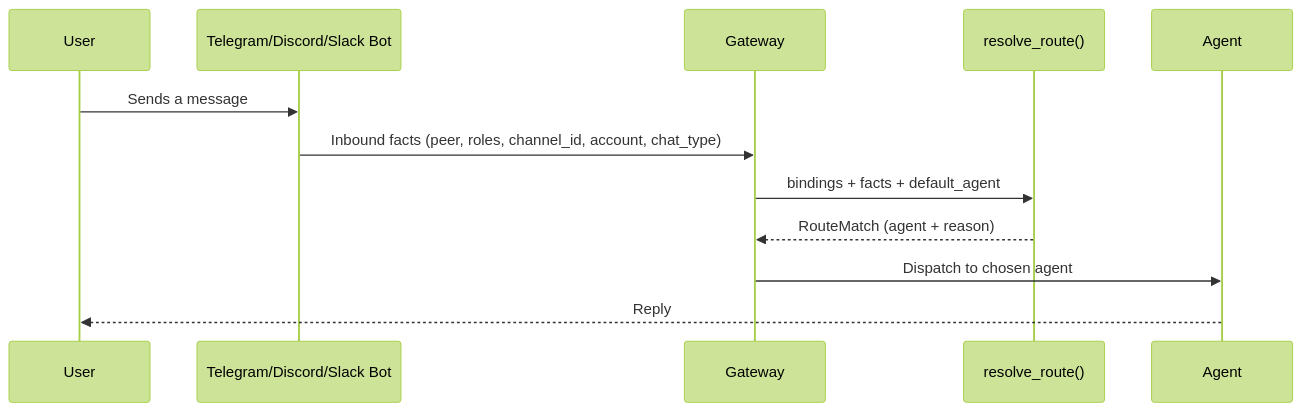
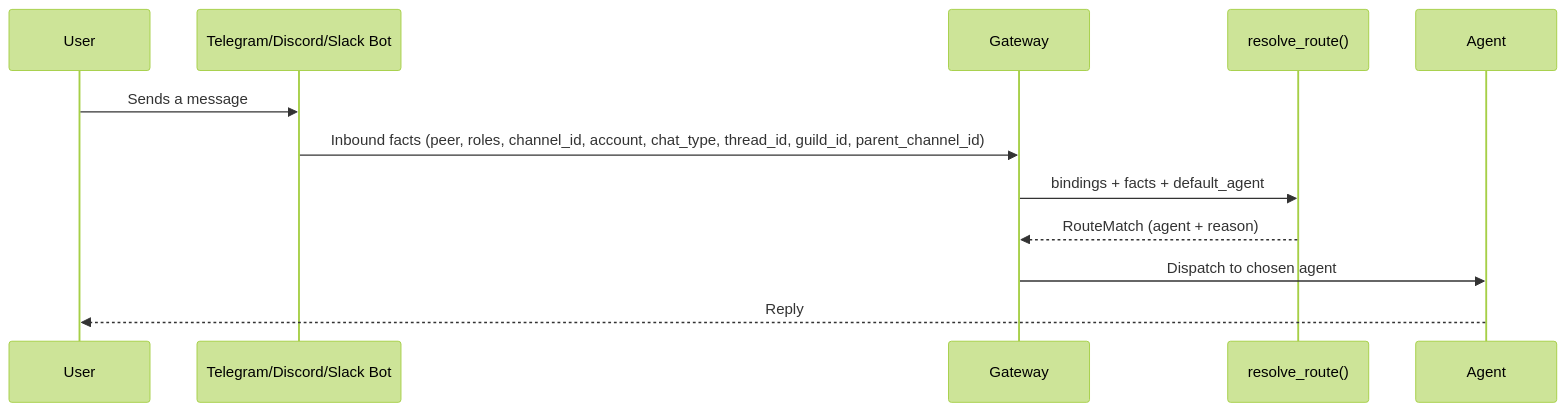
One commit to MervinPraison/PraisonAIDocs changed the second of 5 diagrams in docs/features/gateway-route-bindings.mdx. Above: the diagram before and after it, drawn with Mermaid (forest theme). The commit also changed other lines of this file and 3 other files, not shown here.

First line of the commit message:
docs: document thread/guild/parent-channel gateway route matching (fixes #3865)

````diff
--- a/docs/features/gateway-route-bindings.mdx
+++ b/docs/features/gateway-route-bindings.mdx
@@ -153,15 +192,15 @@
 ```mermaid
 sequenceDiagram
     participant User
     participant Bot as Telegram/Discord/Slack Bot
     participant Gateway
     participant Resolver as resolve_route()
     participant Agent
 
     User->>Bot: Sends a message
-    Bot->>Gateway: Inbound facts (peer, roles, channel_id, account, chat_type)
+    Bot->>Gateway: Inbound facts (peer, roles, channel_id, account, chat_type, thread_id, guild_id, parent_channel_id)
     Gateway->>Resolver: bindings + facts + default_agent
     Resolver-->>Gateway: RouteMatch (agent + reason)
     Gateway->>Agent: Dispatch to chosen agent
     Agent-->>User: Reply
 ```
````
